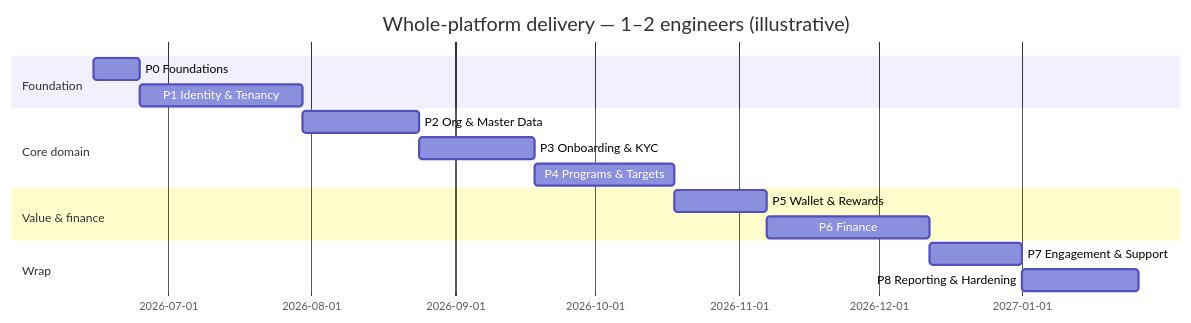
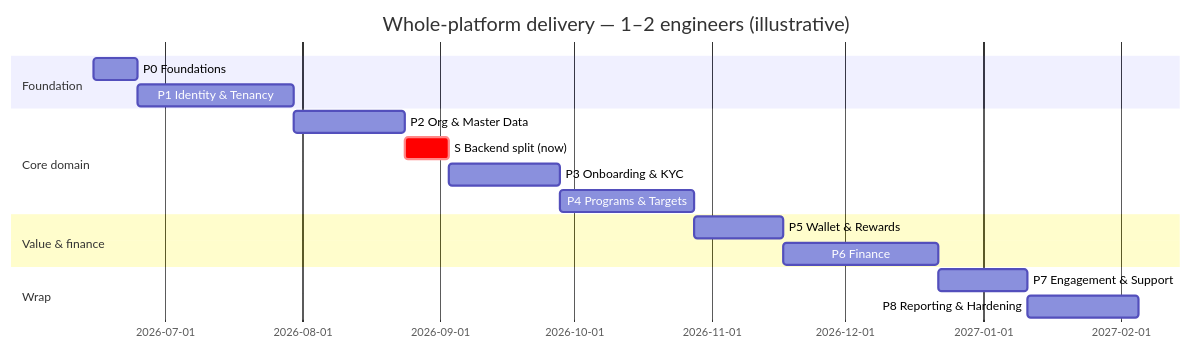
One commit to NikunjSadani/Loyaltybaseclaude changed the diagram in platform/docs/plans/00-MASTER-PLAN.md. Above: the diagram before and after it, drawn with Mermaid. The commit also changed other lines of this file and 12 other files, not shown here.

First line of the commit message:
docs: adopt API-first backend split (Phase S) + multi-tenancy model

````diff
--- a/platform/docs/plans/00-MASTER-PLAN.md
+++ b/platform/docs/plans/00-MASTER-PLAN.md
@@ -52,18 +53,19 @@
 ```mermaid
 gantt
     title Whole-platform delivery — 1–2 engineers (illustrative)
     dateFormat YYYY-MM-DD
     section Foundation
     P0 Foundations            :p0, 2026-06-15, 10d
     P1 Identity & Tenancy      :p1, after p0, 35d
     section Core domain
     P2 Org & Master Data       :p2, after p1, 25d
-    P3 Onboarding & KYC        :p3, after p2, 25d
+    S  Backend split (now)     :crit, ps, after p2, 10d
+    P3 Onboarding & KYC        :p3, after ps, 25d
     P4 Programs & Targets      :p4, after p3, 30d
     section Value & finance
     P5 Wallet & Rewards        :p5, after p4, 20d
     P6 Finance                 :p6, after p5, 35d
     section Wrap
     P7 Engagement & Support    :p7, after p6, 20d
     P8 Reporting & Hardening   :p8, after p7, 25d
 ```
````
